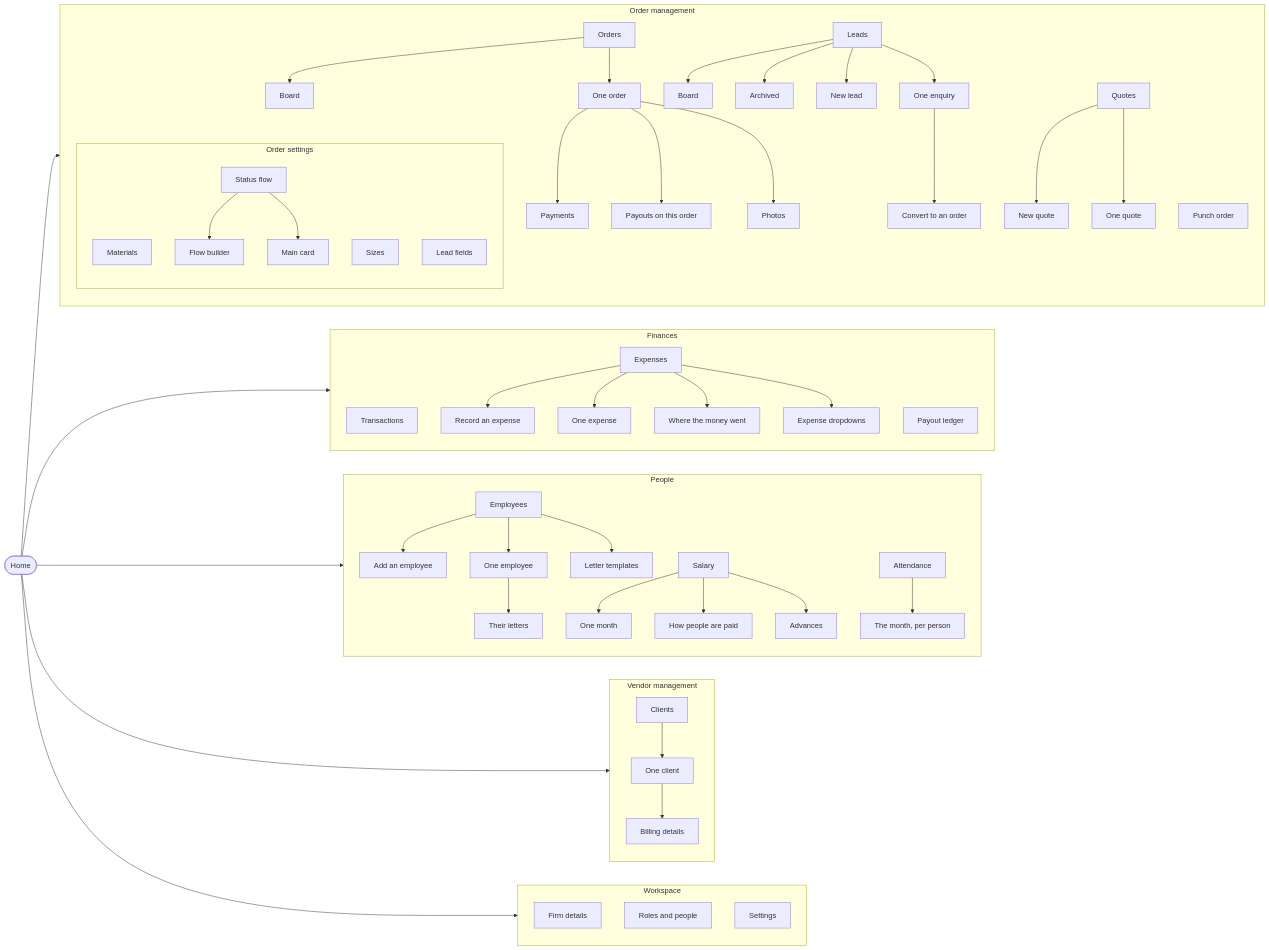
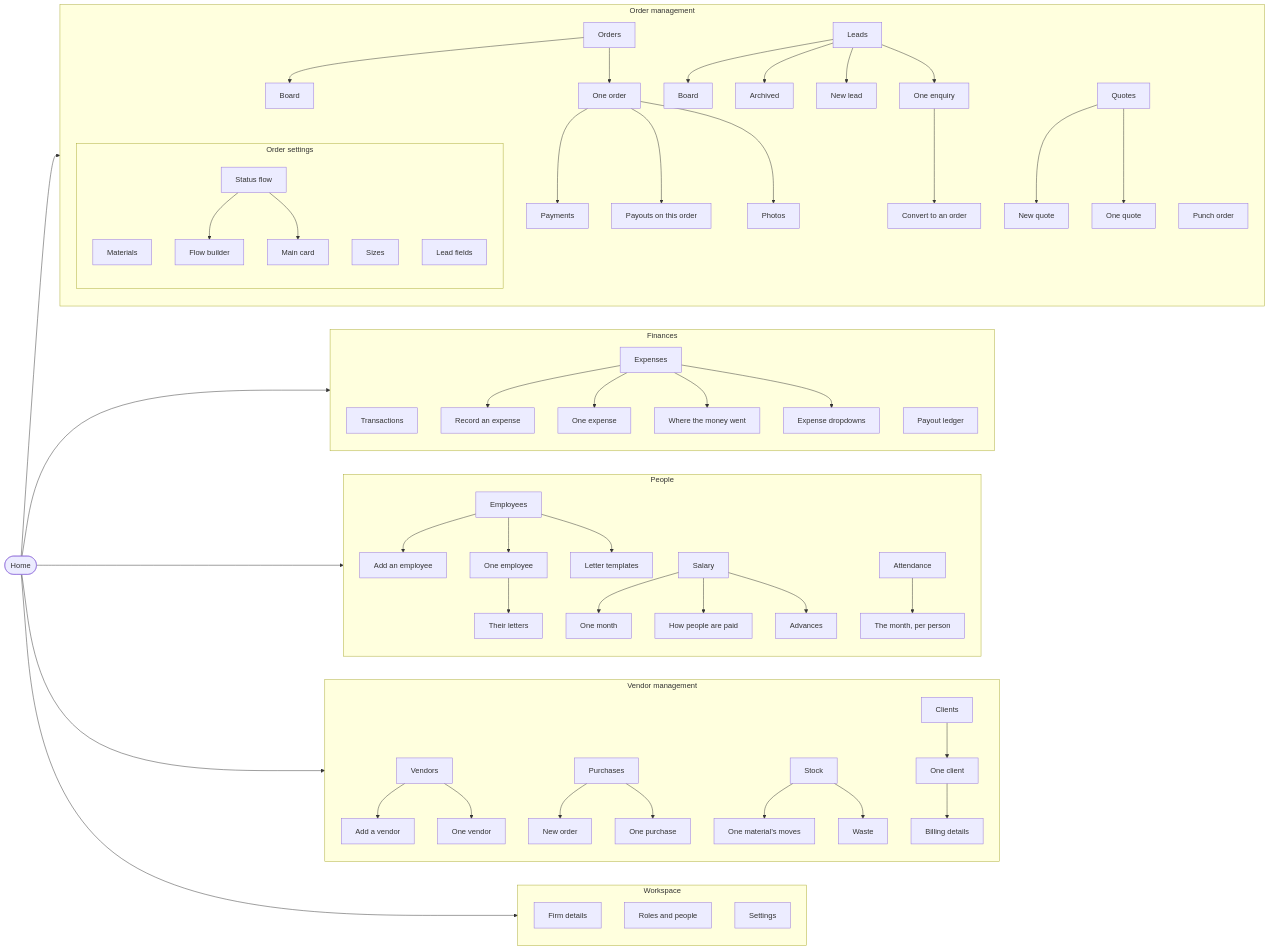
The diagram in docs/NAVIGATION.md (firstleaptechnologies-coder/factory-automation), drawn with Mermaid before and after one commit. The commit also changed other lines of this file and 71 other files, not shown here.

```diff
--- a/docs/NAVIGATION.md
+++ b/docs/NAVIGATION.md
@@ -101,6 +101,21 @@
   Home --> cat_people
   subgraph cat_vendors["Vendor management"]
     direction TB
+    vendor_list["Vendors"]
+    vendor_new["Add a vendor"]
+    vendor_list --> vendor_new
+    vendor_detail["One vendor"]
+    vendor_list --> vendor_detail
+    purchases["Purchases"]
+    purchase_new["New order"]
+    purchases --> purchase_new
+    purchase_detail["One purchase"]
+    purchases --> purchase_detail
+    stock["Stock"]
+    stock_material["One material’s moves"]
+    stock --> stock_material
+    stock_waste["Waste"]
+    stock --> stock_waste
     clients["Clients"]
     client_detail["One client"]
     clients --> client_detail
```
